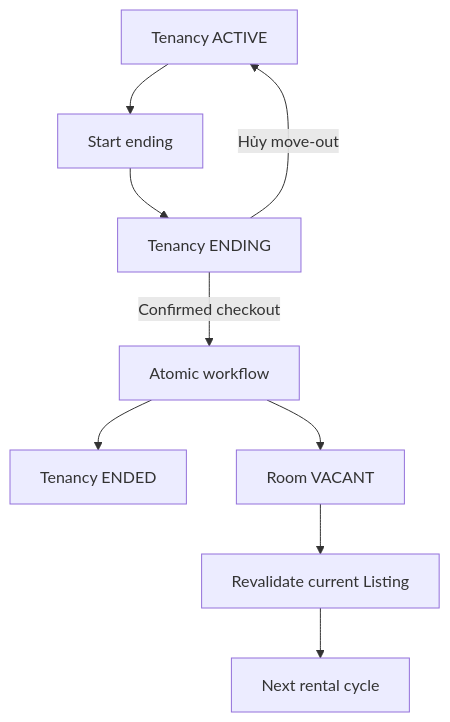
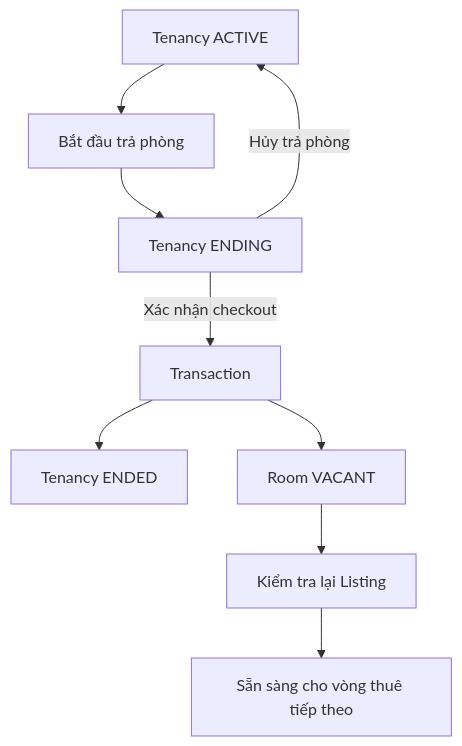
One commit to Danh20100/moibile_app changed the fifth of 7 diagrams in docs/contexts/end-to-end-flows.md. Above: the diagram before and after it, drawn with Mermaid. The commit also changed other lines of this file and 9 other files, not shown here.

````diff
--- a/docs/contexts/end-to-end-flows.md
+++ b/docs/contexts/end-to-end-flows.md
@@ -90,11 +91,11 @@
 ```mermaid
 flowchart TD
-    A[Tenancy ACTIVE] --> B[Start ending]
-    B --> C[Tenancy ENDING]
-    C -->|Hủy move-out| A
-    C -->|Confirmed checkout| D[Atomic workflow]
-    D --> E[Tenancy ENDED]
-    D --> F[Room VACANT]
-    F --> G[Revalidate current Listing]
-    G --> H[Next rental cycle]
+    A["Tenancy ACTIVE"] --> B["Bắt đầu trả phòng"]
+    B --> C["Tenancy ENDING"]
+    C -->|"Hủy trả phòng"| A
+    C -->|"Xác nhận checkout"| D["Transaction"]
+    D --> E["Tenancy ENDED"]
+    D --> F["Room VACANT"]
+    F --> G["Kiểm tra lại Listing"]
+    G --> H["Sẵn sàng cho vòng thuê tiếp theo"]
 ```
````
